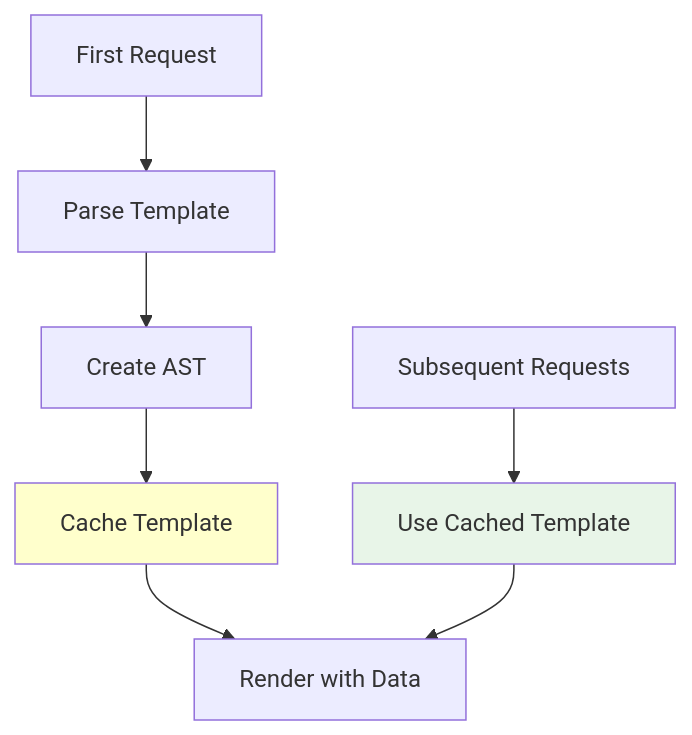
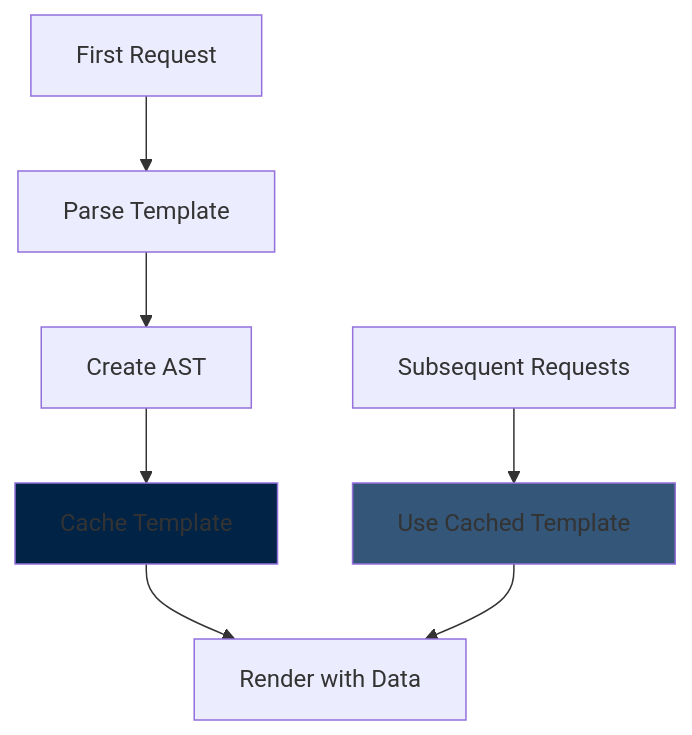
The fourth of 4 diagrams in הסבר מפורט - תבנית Thymeleaf עם עברית ו-RTL.md (EliGuriel/Course_Meeting5), drawn with Mermaid before and after one commit. The commit also changed other lines of this file and 1 other file, not shown here.

````diff
--- a/הסבר מפורט - תבנית Thymeleaf עם עברית ו-RTL.md
+++ b/הסבר מפורט - תבנית Thymeleaf עם עברית ו-RTL.md
@@ -376,13 +376,13 @@
 ```mermaid
 graph TD
     A[First Request] --> B[Parse Template]
     B --> C[Create AST]
     C --> D[Cache Template]
     D --> E[Render with Data]
     
     F[Subsequent Requests] --> G[Use Cached Template]
     G --> E
     
-    style D fill:#ffffcc
-    style G fill:#e8f5e8
+    style D fill:#012345
+    style G fill:#345678
 ```
````
